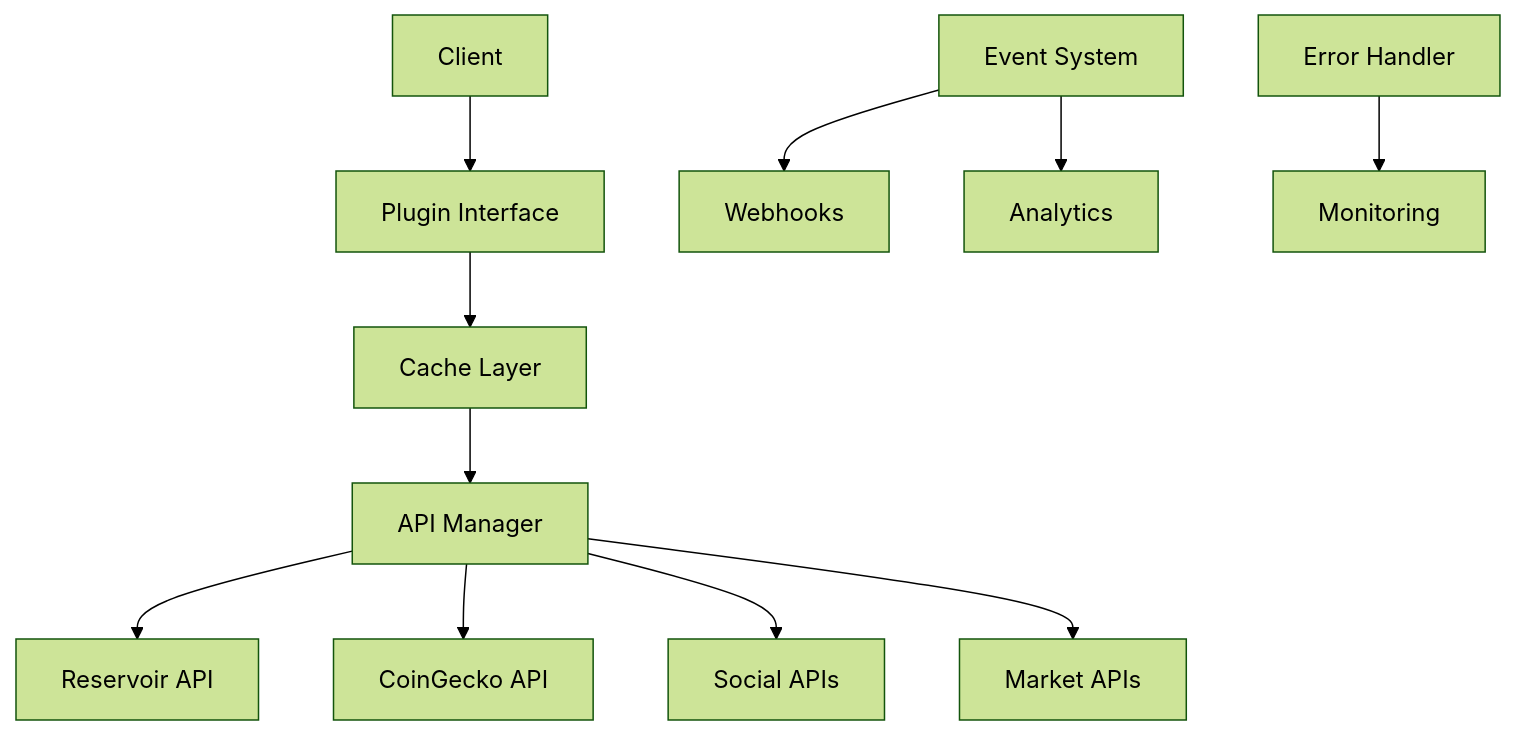
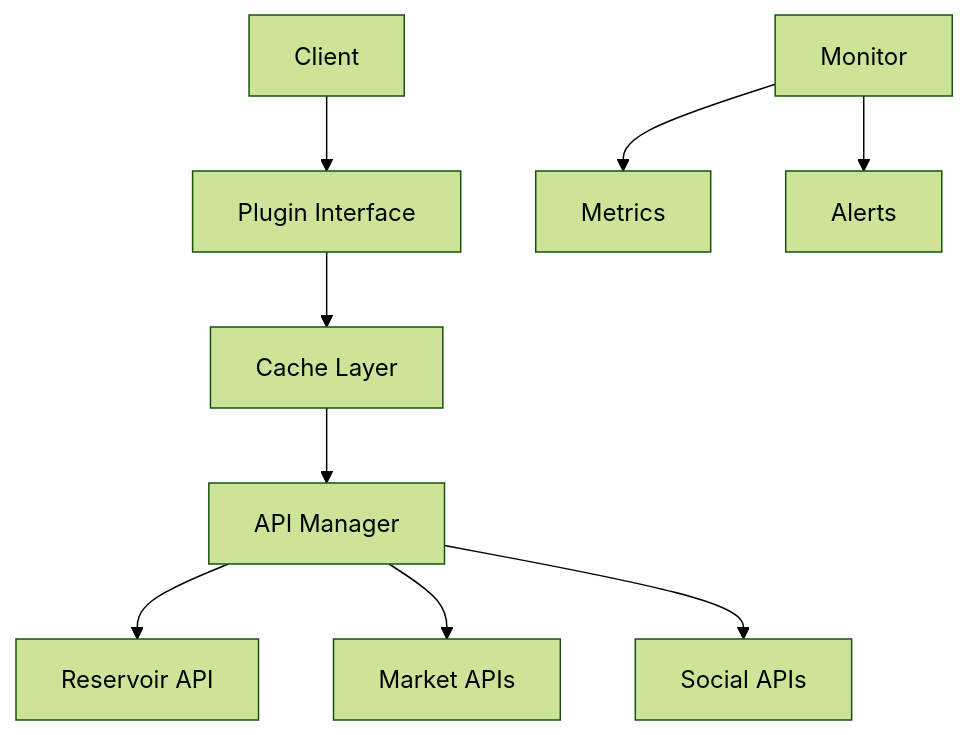
The first of 9 diagrams in packages/plugin-nft-collections/README.md (zpark/eliza), drawn with Mermaid (forest theme) before and after one commit. The commit also changed other lines of this file, not shown here.

````diff
--- a/packages/plugin-nft-collections/README.md
+++ b/packages/plugin-nft-collections/README.md
@@ -384,13 +249,11 @@
 ```mermaid
 graph TD
     A[Client] --> B[Plugin Interface]
     B --> C[Cache Layer]
     C --> D[API Manager]
     D --> E[Reservoir API]
-    D --> F[CoinGecko API]
+    D --> F[Market APIs]
     D --> G[Social APIs]
-    D --> H[Market APIs]
-    I[Event System] --> J[Webhooks]
-    I --> K[Analytics]
-    L[Error Handler] --> M[Monitoring]
+    H[Monitor] --> I[Metrics]
+    H --> J[Alerts]
 ```
````
